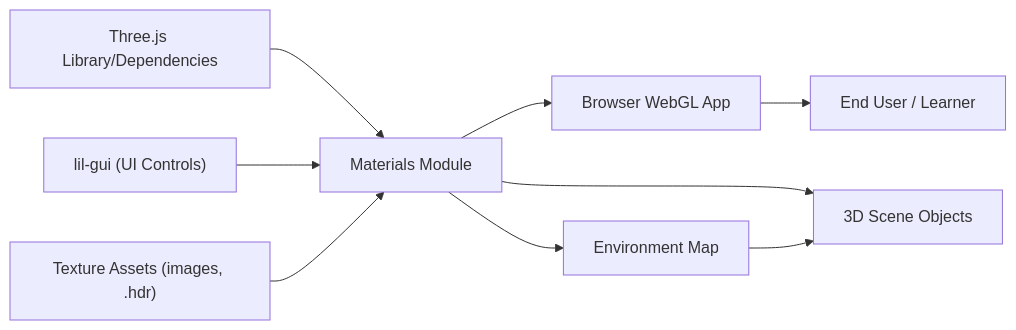
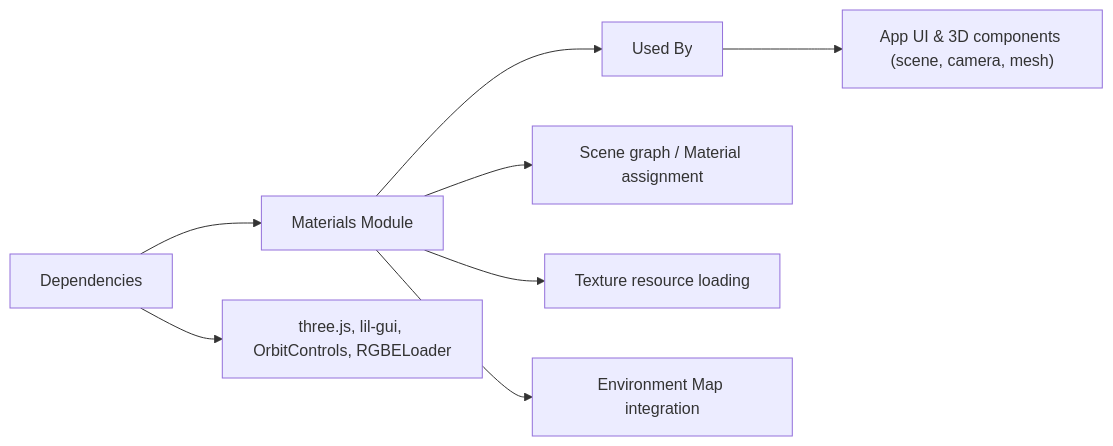
One commit to NicoooM/three-js-test changed the diagram in .shelfya/guide/materials.md. Above: the diagram before and after it, drawn with Mermaid. The commit also changed other lines of this file and 15 other files, not shown here.

````diff
--- a/.shelfya/guide/materials.md
+++ b/.shelfya/guide/materials.md
@@ -106,11 +87,9 @@
 ```mermaid
 flowchart LR
-  threejs["Three.js Library/Dependencies"] --> materialsModule["Materials Module"]
-  lilgui["lil-gui (UI Controls)"] --> materialsModule
-  textureAssets["Texture Assets (images, .hdr)"] --> materialsModule
-  materialsModule --> browserApp["Browser WebGL App"]
-  browserApp --> user["End User / Learner"]
-  materialsModule --> sceneObjects["3D Scene Objects"]
-  materialsModule --> environmentMap["Environment Map"]
-  environmentMap --> sceneObjects
+  dependencies["Dependencies"] --> thisModule["Materials Module"] --> usedBy["Used By"]
+  dependencies --> details["three.js, lil-gui, OrbitControls, RGBELoader"]
+  thisModule --> process["Scene graph / Material assignment"]
+  thisModule --> process2["Texture resource loading"]
+  thisModule --> process3["Environment Map integration"]
+  usedBy --> consumers["App UI & 3D components (scene, camera, mesh)"]
 ```
````
